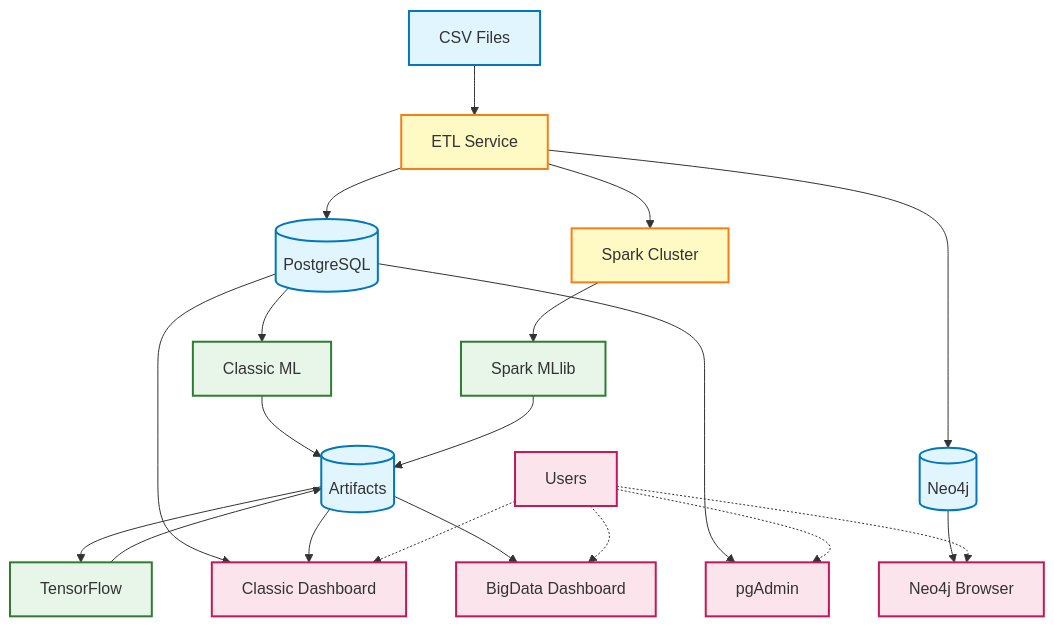
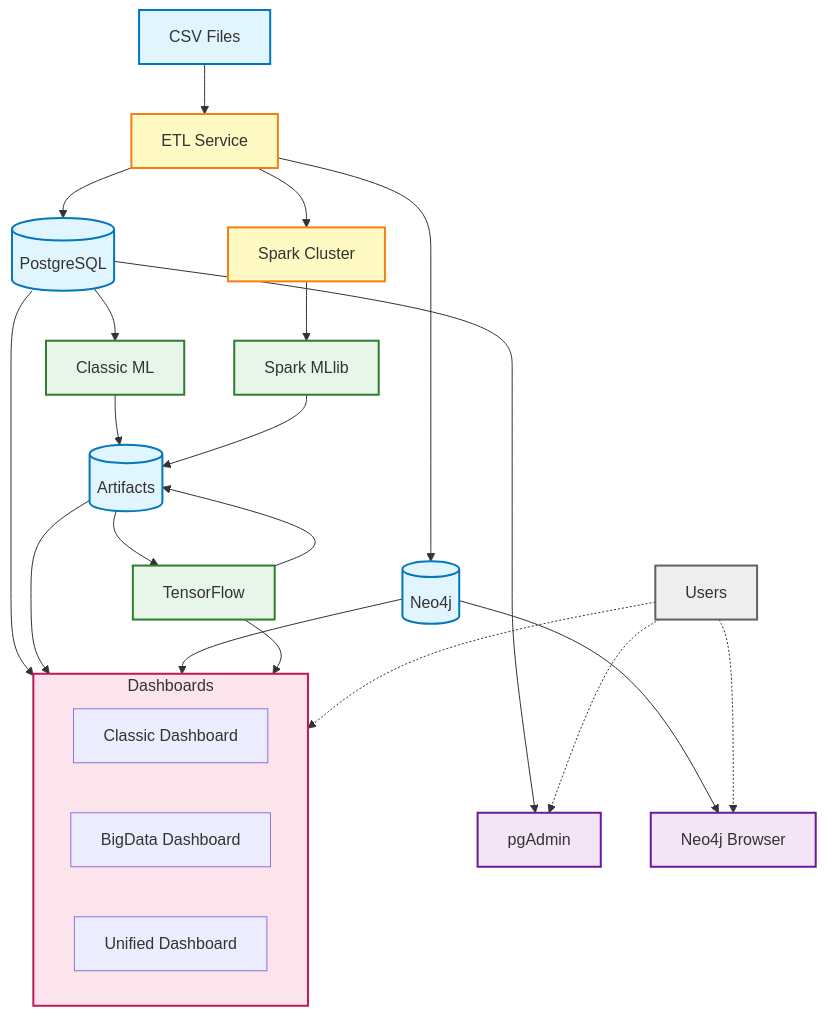
One commit to yenatariys/formula1-ml-pipeline changed the diagram in docs/infrastructure_architecture.md. Above: the diagram before and after it, drawn with Mermaid.

Commit message:
Enhance infrastructure architecture diagram to include data flow and dashboard interactions

````diff
--- a/docs/infrastructure_architecture.md
+++ b/docs/infrastructure_architecture.md
@@ -8,38 +8,48 @@
 ```mermaid
 flowchart TD
-    CSV[CSV Files] --> ETL[ETL Service]
+  CSV[CSV Files] --> ETL[ETL Service]
+  ETL --> POSTGRES[(PostgreSQL)]
+  ETL --> SPARK[Spark Cluster]
+  ETL --> NEO4J[(Neo4j)]
     
-    ETL --> POSTGRES[(PostgreSQL)]
-    ETL --> SPARK[Spark Cluster]
-    ETL --> NEO4J[(Neo4j)]
+  POSTGRES --> ML_CLASSIC[Classic ML]
+  SPARK --> ML_SPARK[Spark MLlib]
+  ML_CLASSIC --> ARTIFACTS[(Artifacts)]
+  ML_SPARK --> ARTIFACTS
+  ARTIFACTS --> ML_TF[TensorFlow]
+  ML_TF --> ARTIFACTS
     
-    POSTGRES --> ML_CLASSIC[Classic ML]
-    SPARK --> ML_SPARK[Spark MLlib]
+  %% Dashboards group
+  subgraph DASHBOARDS[Dashboards]
+    DASH_C[Classic Dashboard]
+    DASH_B[BigData Dashboard]
+    DASH_U[Unified Dashboard]
+  end
+  POSTGRES --> DASHBOARDS
+  ARTIFACTS --> DASHBOARDS
+  NEO4J --> DASHBOARDS
+  ML_TF --> DASHBOARDS
     
-    ML_CLASSIC --> ARTIFACTS[(Artifacts)]
-    ML_SPARK --> ARTIFACTS
-    ARTIFACTS --> ML_TF[TensorFlow]
-    ML_TF --> ARTIFACTS
+  %% Admin UIs
+  POSTGRES --> ADMIN[pgAdmin]
+  NEO4J --> NEO4J_UI[Neo4j Browser]
     
-    POSTGRES --> DASH_C[Classic Dashboard]
-    ARTIFACTS --> DASH_C
-    ARTIFACTS --> DASH_B[BigData Dashboard]
-    
-    POSTGRES --> ADMIN[pgAdmin]
-    NEO4J --> NEO4J_UI[Neo4j Browser]
-    
-    USER[Users] -.-> DASH_C
-    USER -.-> DASH_B
-    USER -.-> ADMIN
-    USER -.-> NEO4J_UI
+  %% Users
+  USER[Users] -.-> DASHBOARDS
+  USER -.-> ADMIN
+  USER -.-> NEO4J_UI
 
-    classDef storage fill:#E1F5FE,stroke:#0277BD,stroke-width:2px
-    classDef processing fill:#FFF9C4,stroke:#F57F17,stroke-width:2px
-    classDef ml fill:#E8F5E9,stroke:#2E7D32,stroke-width:2px
-    classDef viz fill:#FCE4EC,stroke:#C2185B,stroke-width:2px
-    
-    class CSV,POSTGRES,ARTIFACTS,NEO4J storage
-    class ETL,SPARK processing
-    class ML_CLASSIC,ML_SPARK,ML_TF ml
-    class DASH_C,DASH_B,ADMIN,NEO4J_UI,USER viz
+  classDef storage fill:#E1F5FE,stroke:#0277BD,stroke-width:2px
+  classDef processing fill:#FFF9C4,stroke:#F57F17,stroke-width:2px
+  classDef ml fill:#E8F5E9,stroke:#2E7D32,stroke-width:2px
+  classDef dashboards fill:#FCE4EC,stroke:#C2185B,stroke-width:2px
+  classDef admin fill:#F3E5F5,stroke:#6A1B9A,stroke-width:2px
+  classDef users fill:#EEEEEE,stroke:#616161,stroke-width:2px
+
+  class CSV,POSTGRES,ARTIFACTS,NEO4J storage
+  class ETL,SPARK processing
+  class ML_CLASSIC,ML_SPARK,ML_TF ml
+  class DASHBOARDS dashboards
+  class ADMIN,NEO4J_UI admin
+  class USER users
 ```
````
